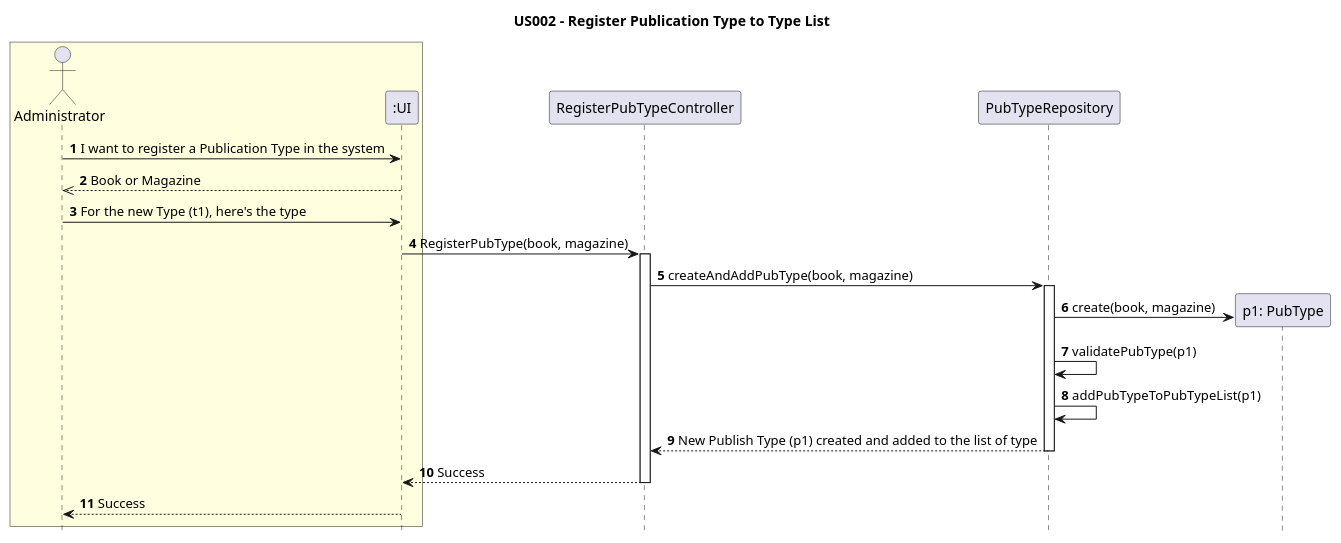
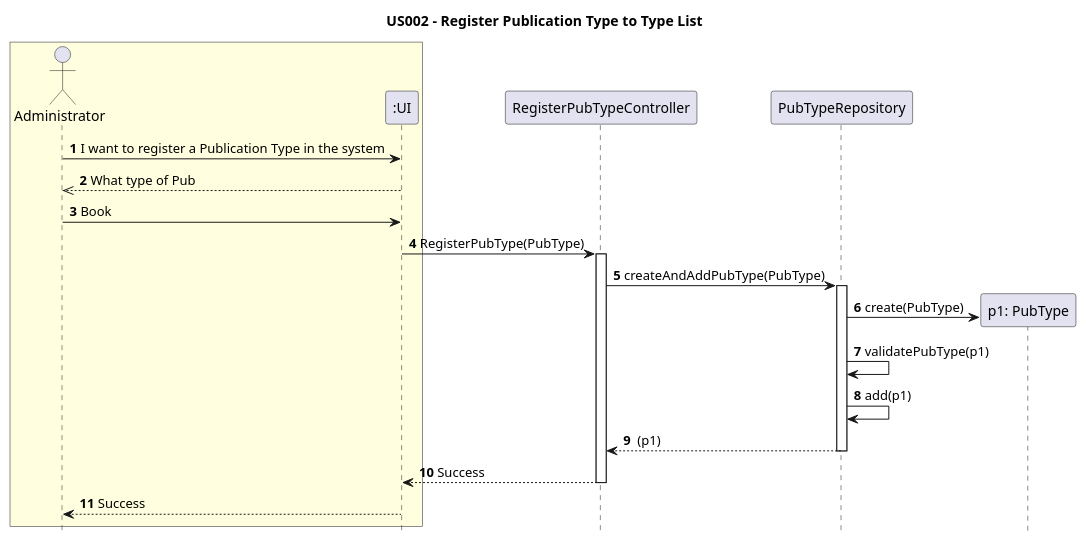
The diagram in Diagrams/SequenceDiagrams/N2/US002 To Add a publication type to type list.puml (AndrePereiraGitH/SWitCH-Project-Team_A), drawn with PlantUML before and after one commit.

Commit message:
US006 to-register-a-publishing_company

```diff
--- a/Diagrams/SequenceDiagrams/N2/US002 To Add a publication type to type list.puml
+++ b/Diagrams/SequenceDiagrams/N2/US002 To Add a publication type to type list.puml
@@ -1,43 +1,43 @@
 @startuml
 hide footbox
 title US002 - Register Publication Type to Type List
 
 box #Lightyellow
 actor Administrator
 participant ":UI" as UI
 end box
 
 
 ' Human contact between Administrator and UI
 Administrator -> UI : **1** I want to register a Publication Type in the system
-UI -->> Administrator : **2** Book or Magazine
-Administrator -> UI : **3** For the new Type (t1), here's the type
+UI -->> Administrator : **2** What type of Pub
+Administrator -> UI : **3** Book
 
 ' First contact between UI and the System
-UI -> RegisterPubTypeController : **4** RegisterPubType(book, magazine)
+UI -> RegisterPubTypeController : **4** RegisterPubType(PubType)
 activate RegisterPubTypeController
 
-RegisterPubTypeController -> PubTypeRepository : **5** createAndAddPubType(book, magazine)
+RegisterPubTypeController -> PubTypeRepository : **5** createAndAddPubType(PubType)
 activate PubTypeRepository
 ' Creation of p1 instance from User class
 create "p1: PubType" as PubType
 
 
 ' Creation, validation and addition
-PubTypeRepository -> PubType : **6** create(book, magazine)
+PubTypeRepository -> PubType : **6** create(PubType)
 PubTypeRepository -> PubTypeRepository : **7** validatePubType(p1)
-PubTypeRepository -> PubTypeRepository : **8** addPubTypeToPubTypeList(p1)
+PubTypeRepository -> PubTypeRepository : **8** add(p1)
 
 
 ' Return from PubTypeRepository to RegisterPubTypeController
-PubTypeRepository --> RegisterPubTypeController : **9** New Publish Type (p1) created and added to the list of type
+PubTypeRepository --> RegisterPubTypeController : **9**  (p1)
 deactivate PubTypeRepository
 
 ' Return from RegisterUserController to UI
 RegisterPubTypeController --> UI : **10** Success
 deactivate RegisterPubTypeController
 
 ' Return from UI to Administrator
 UI --> Administrator : **11** Success
 
 @enduml
```
